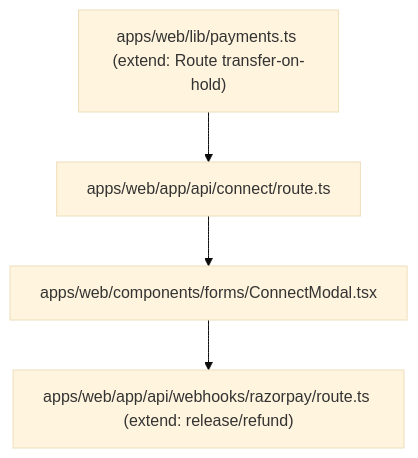
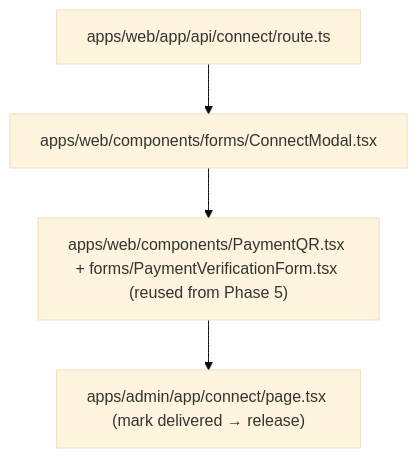
Before and after one commit to Pa04rth/startup_atlas: the ninth of 11 diagrams in BUILD_PLAN.md, drawn with Mermaid (base theme). The commit also changed other lines of this file and 75 other files, not shown here.

````diff
--- a/BUILD_PLAN.md
+++ b/BUILD_PLAN.md
@@ -558,6 +864,6 @@
 ```mermaid
 flowchart TD
-    A["apps/web/lib/payments.ts (extend: Route transfer-on-hold)"] --> B["apps/web/app/api/connect/route.ts"]
-    B --> C["apps/web/components/forms/ConnectModal.tsx"]
-    C --> D["apps/web/app/api/webhooks/razorpay/route.ts (extend: release/refund)"]
+    A["apps/web/app/api/connect/route.ts"] --> B["apps/web/components/forms/ConnectModal.tsx"]
+    B --> C["apps/web/components/PaymentQR.tsx + forms/PaymentVerificationForm.tsx (reused from Phase 5)"]
+    C --> D["apps/admin/app/connect/page.tsx (mark delivered → release)"]
 ```
````
